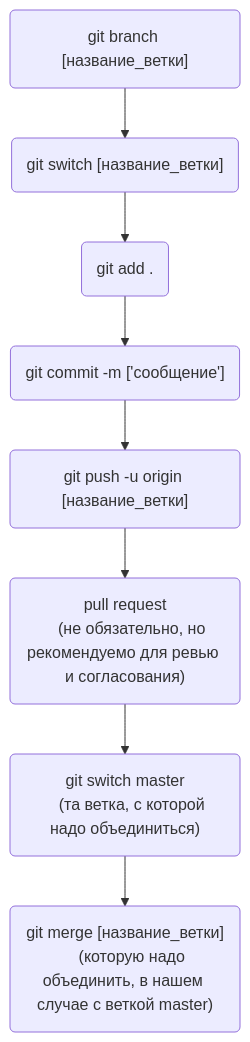
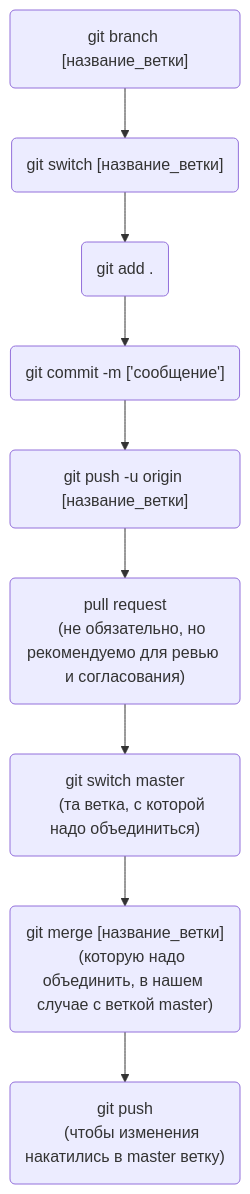
One commit to Simonov20/first-project changed the second of 2 diagrams in readme.md. Above: the diagram before and after it, drawn with Mermaid.

Commit message:
Исправить диаграмму для побочной ветки v3

````diff
--- a/readme.md
+++ b/readme.md
@@ -153,14 +153,16 @@
 ```mermaid
 flowchart TD;
     v1("git branch [название_ветки]") --> 
     v2("git switch [название_ветки]") -->
     v3("git add .") -->
     v4("git commit -m ['сообщение']") -->
     v5("git push -u origin [название_ветки]") -->
     v6("pull request
     (не обязательно, но рекомендуемо для ревью и согласования)") -->
     v7("git switch master
     (та ветка, с которой надо объединиться)") -->
     v8("git merge [название_ветки]
-    (которую надо объединить, в нашем случае с веткой master)");
+    (которую надо объединить, в нашем случае с веткой master)") -->
+    v9("git push
+    (чтобы изменения накатились в master ветку)");
 ```
````
